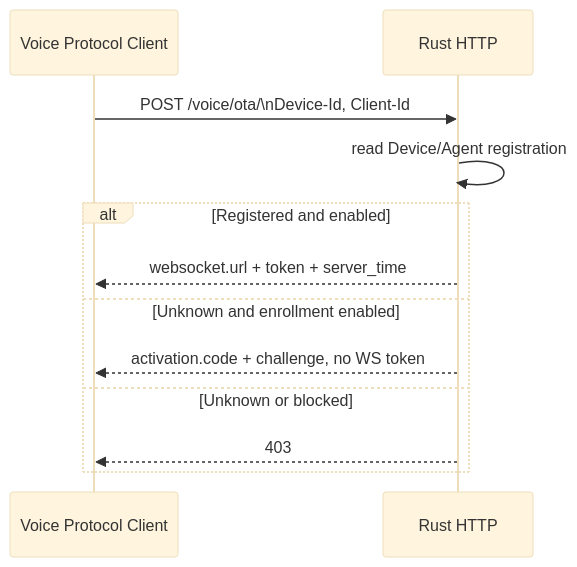
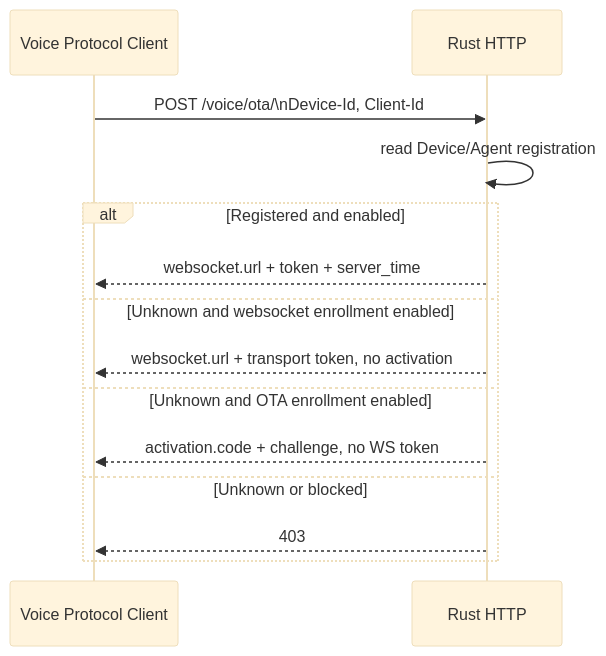
Before and after one commit to hailp-vn38/ai-agent-voice: the first of 3 diagrams in docs/flows/01-websocket.md, drawn with Mermaid (base theme). The commit also changed other lines of this file and 31 other files, not shown here.

````diff
--- a/docs/flows/01-websocket.md
+++ b/docs/flows/01-websocket.md
@@ -9,14 +9,16 @@
 ```mermaid
 sequenceDiagram
     participant CLIENT as Voice Protocol Client
     participant HTTP as Rust HTTP
     CLIENT->>HTTP: POST /voice/ota/\nDevice-Id, Client-Id
     HTTP->>HTTP: read Device/Agent registration
     alt Registered and enabled
         HTTP-->>CLIENT: websocket.url + token + server_time
-    else Unknown and enrollment enabled
+    else Unknown and websocket enrollment enabled
+        HTTP-->>CLIENT: websocket.url + transport token, no activation
+    else Unknown and OTA enrollment enabled
         HTTP-->>CLIENT: activation.code + challenge, no WS token
     else Unknown or blocked
         HTTP-->>CLIENT: 403
     end
 ```
````
